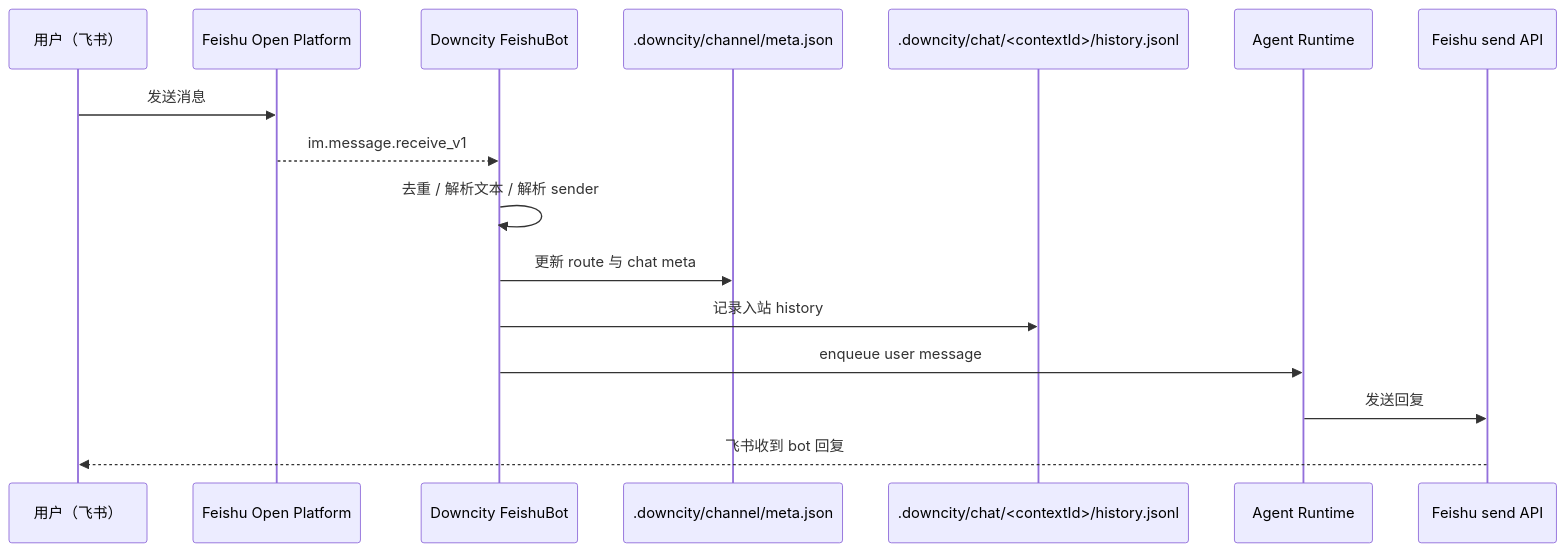
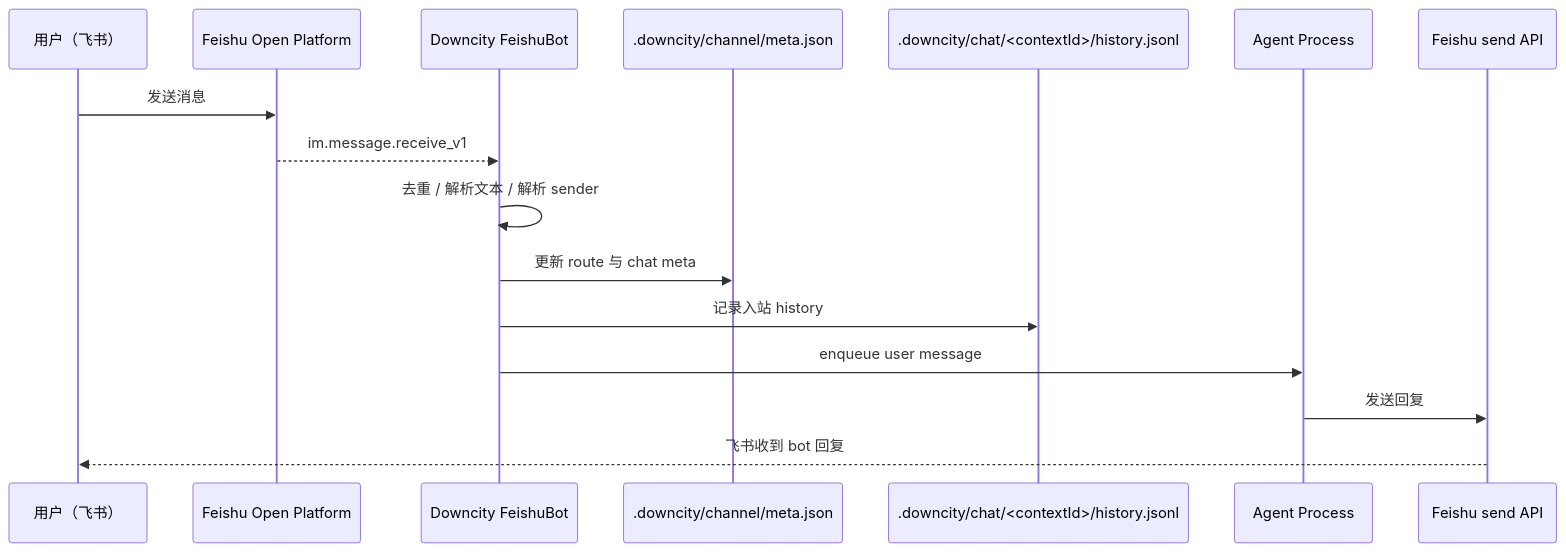
One commit to wangenius/downcity changed the diagram in homepage/content/docs/zh/services/chat/feishu-message-flow.mdx. Above: the diagram before and after it, drawn with Mermaid. The commit also changed 123 other files, not shown here.

````diff
--- a/homepage/content/docs/zh/services/chat/feishu-message-flow.mdx
+++ b/homepage/content/docs/zh/services/chat/feishu-message-flow.mdx
@@ -14,19 +14,19 @@
 ```mermaid
 sequenceDiagram
   participant U as 用户（飞书）
   participant FS as Feishu Open Platform
   participant BOT as Downcity FeishuBot
   participant META as .downcity/channel/meta.json
   participant HIST as .downcity/chat/<contextId>/history.jsonl
-  participant RT as Agent Runtime
+  participant RT as Agent Process
   participant SEND as Feishu send API
 
   U->>FS: 发送消息
   FS-->>BOT: im.message.receive_v1
   BOT->>BOT: 去重 / 解析文本 / 解析 sender
   BOT->>META: 更新 route 与 chat meta
   BOT->>HIST: 记录入站 history
   BOT->>RT: enqueue user message
   RT->>SEND: 发送回复
   SEND-->>U: 飞书收到 bot 回复
 ```
````
